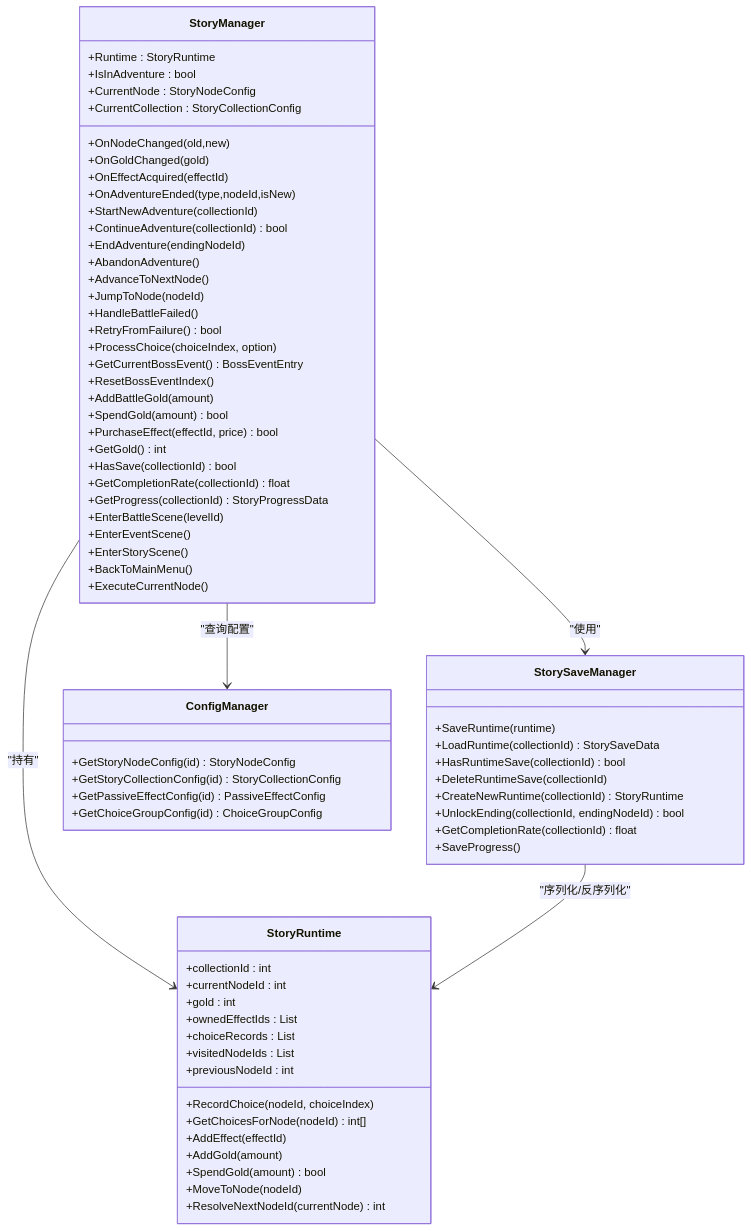
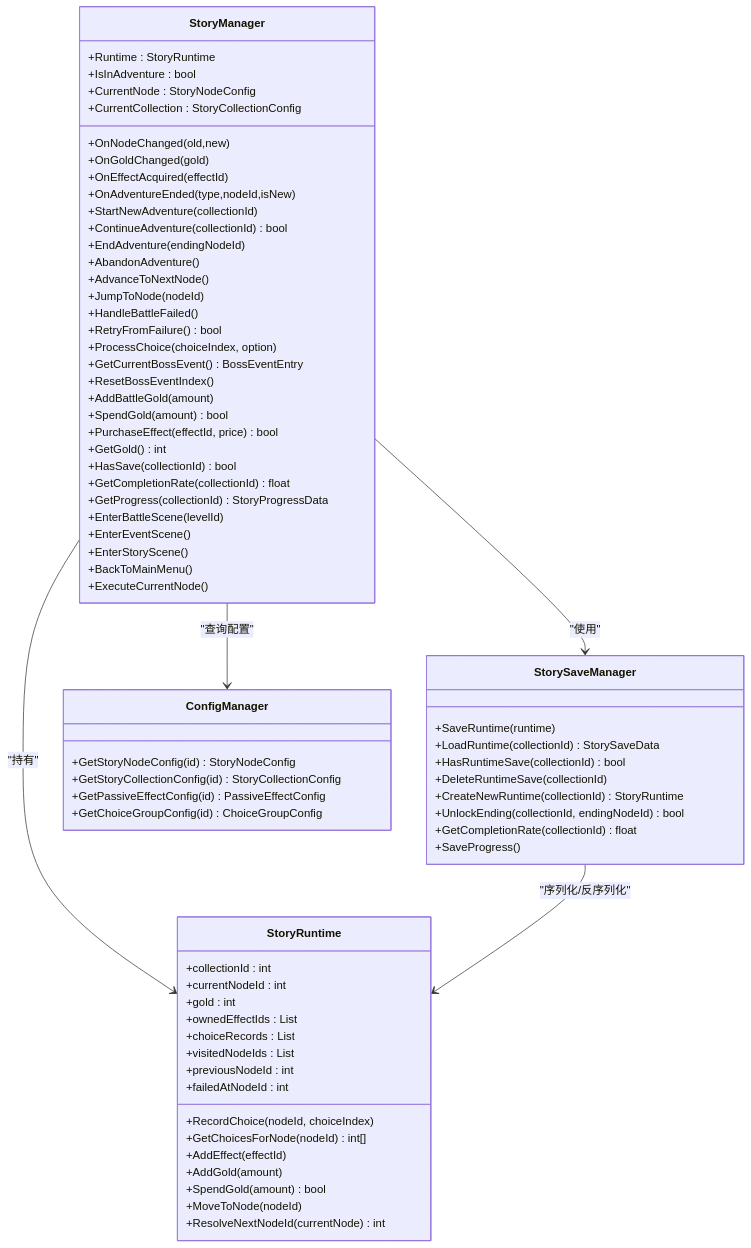
Before and after one commit to Tuusen/p1_client: the second of 6 diagrams in .qoder/repowiki/zh/content/故事剧情系统/故事管理器核心.md, drawn with Mermaid. The commit also changed other lines of this file and 4 other files, not shown here.

````diff
--- a/.qoder/repowiki/zh/content/故事剧情系统/故事管理器核心.md
+++ b/.qoder/repowiki/zh/content/故事剧情系统/故事管理器核心.md
@@ -113,72 +120,73 @@
 ```mermaid
 classDiagram
 class StoryManager {
 +Runtime : StoryRuntime
 +IsInAdventure : bool
 +CurrentNode : StoryNodeConfig
 +CurrentCollection : StoryCollectionConfig
 +OnNodeChanged(old,new)
 +OnGoldChanged(gold)
 +OnEffectAcquired(effectId)
 +OnAdventureEnded(type,nodeId,isNew)
 +StartNewAdventure(collectionId)
 +ContinueAdventure(collectionId) bool
 +EndAdventure(endingNodeId)
 +AbandonAdventure()
 +AdvanceToNextNode()
 +JumpToNode(nodeId)
 +HandleBattleFailed()
 +RetryFromFailure() bool
 +ProcessChoice(choiceIndex, option)
 +GetCurrentBossEvent() BossEventEntry
 +ResetBossEventIndex()
 +AddBattleGold(amount)
 +SpendGold(amount) bool
 +PurchaseEffect(effectId, price) bool
 +GetGold() int
 +HasSave(collectionId) bool
 +GetCompletionRate(collectionId) float
 +GetProgress(collectionId) StoryProgressData
 +EnterBattleScene(levelId)
 +EnterEventScene()
 +EnterStoryScene()
 +BackToMainMenu()
 +ExecuteCurrentNode()
 }
 class StorySaveManager {
 +SaveRuntime(runtime)
 +LoadRuntime(collectionId) StorySaveData
 +HasRuntimeSave(collectionId) bool
 +DeleteRuntimeSave(collectionId)
 +CreateNewRuntime(collectionId) StoryRuntime
 +UnlockEnding(collectionId, endingNodeId) bool
 +GetCompletionRate(collectionId) float
 +SaveProgress()
 }
 class StoryRuntime {
 +collectionId : int
 +currentNodeId : int
 +gold : int
 +ownedEffectIds : List<int>
 +choiceRecords : List<NodeChoiceRecord>
 +visitedNodeIds : List<int>
 +previousNodeId : int
++failedAtNodeId : int
 +RecordChoice(nodeId, choiceIndex)
 +GetChoicesForNode(nodeId) int[]
 +AddEffect(effectId)
 +AddGold(amount)
 +SpendGold(amount) bool
 +MoveToNode(nodeId)
 +ResolveNextNodeId(currentNode) int
 }
 class ConfigManager {
 +GetStoryNodeConfig(id) StoryNodeConfig
 +GetStoryCollectionConfig(id) StoryCollectionConfig
 +GetPassiveEffectConfig(id) PassiveEffectConfig
 +GetChoiceGroupConfig(id) ChoiceGroupConfig
 }
 StoryManager --> StorySaveManager : "使用"
 StoryManager --> StoryRuntime : "持有"
 StoryManager --> ConfigManager : "查询配置"
 StorySaveManager --> StoryRuntime : "序列化/反序列化"
 ```
````
